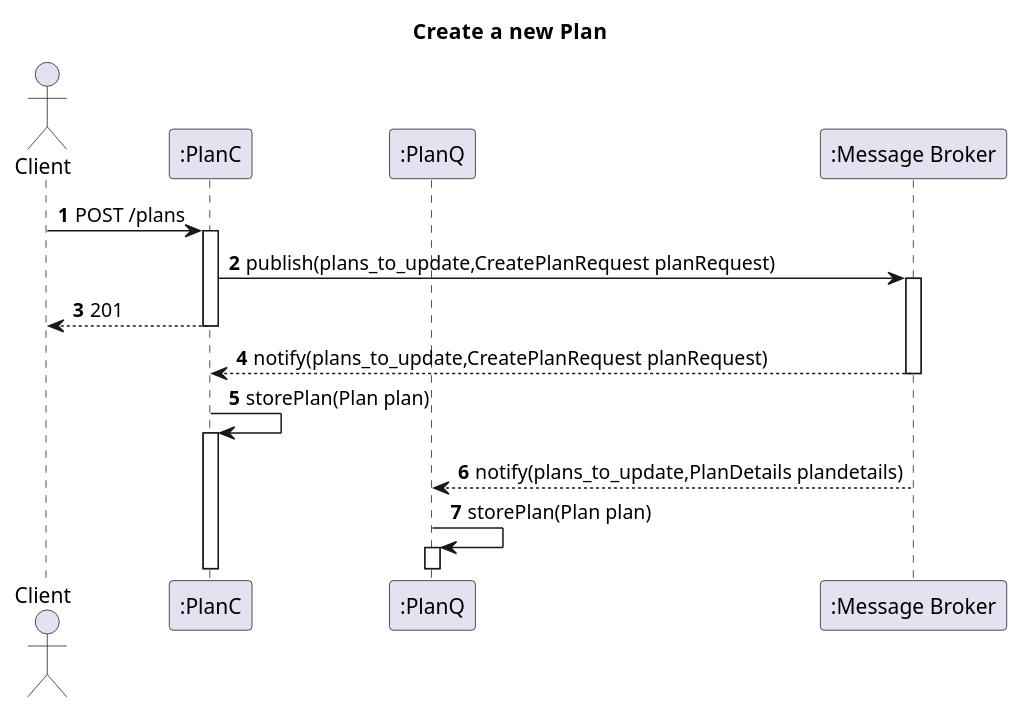
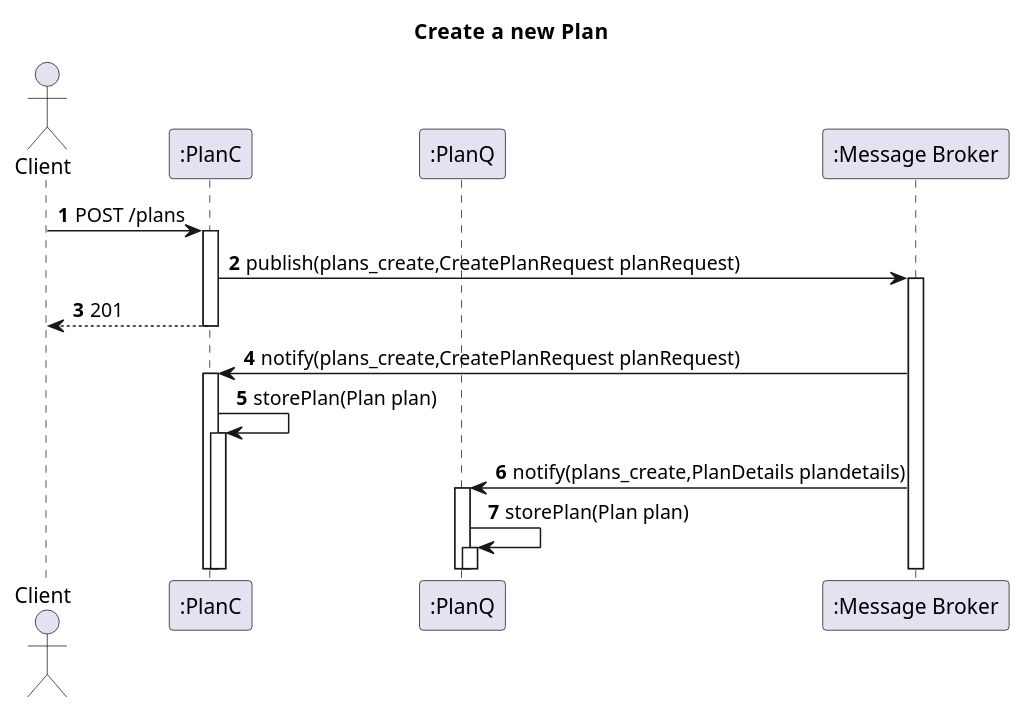
Before and after one commit to IsepMartimOliveira/SIDIS: the diagram in docs_sidis/Segunda_Avalição/Plans/Vista_Logica/N2/N2_Create_Plan.puml, drawn with PlantUML. The commit also changed 34 other files, not shown here.

```diff
--- a/docs_sidis/Segunda_Avalição/Plans/Vista_Logica/N2/N2_Create_Plan.puml
+++ b/docs_sidis/Segunda_Avalição/Plans/Vista_Logica/N2/N2_Create_Plan.puml
@@ -1,38 +1,38 @@
 @startuml
 'https://plantuml.com/sequence-diagram
 autoactivate on
 autonumber
 title  Create  a new Plan
 
 autonumber
 
 actor "Client" as Ac
 participant ":PlanC" as Auth
 participant ":PlanQ" as Serv
 
 participant ":Message Broker" as Broker
 
 
 Ac->Auth:POST /plans
-Auth->Broker: publish(plans_to_update,CreatePlanRequest planRequest)
+Auth->Broker: publish(plans_create,CreatePlanRequest planRequest)
 
 Auth-->Ac:201
-Broker-->Auth:notify(plans_to_update,CreatePlanRequest planRequest)
+Broker->Auth:notify(plans_create,CreatePlanRequest planRequest)
 Auth->Auth:storePlan(Plan plan)
 
-Broker-->Serv:notify(plans_to_update,PlanDetails plandetails)
+Broker->Serv:notify(plans_create,PlanDetails plandetails)
 
 
 Serv->Serv:storePlan(Plan plan)
 
 
 
 
 
 
 
 
 
 
 
 @enduml
```
